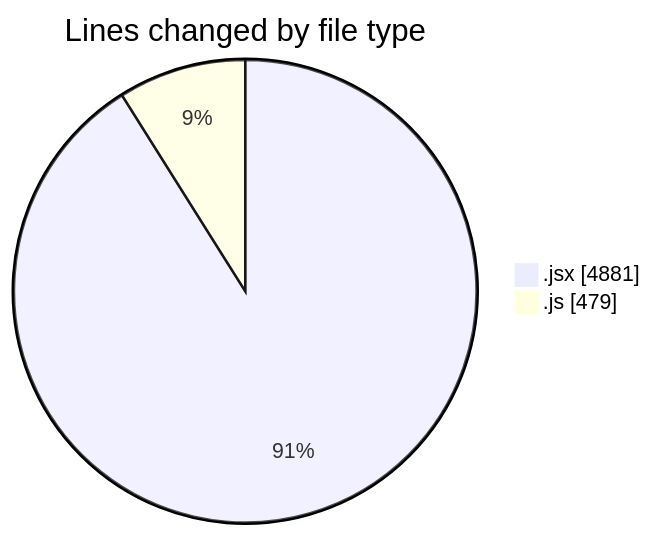
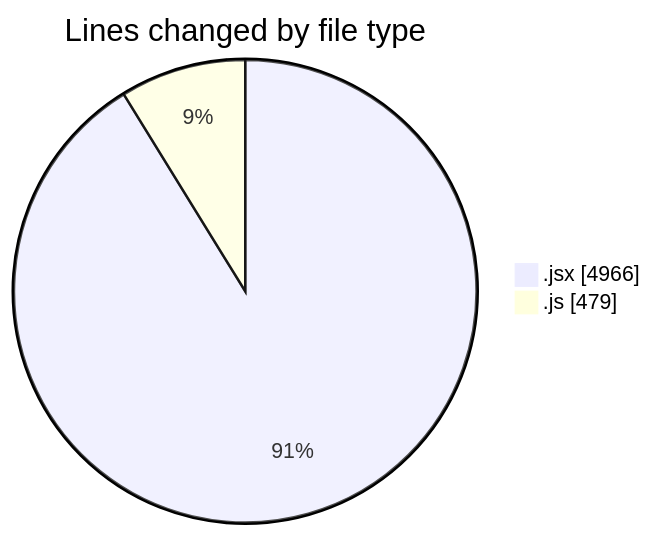
The first of 2 diagrams in 2026-01-20/nxtqube_webapp/README.md (nxtqubesakshisongat/code-tracking), drawn with Mermaid before and after one commit. The commit also changed other lines of this file and 1 other file, not shown here.

````diff
--- a/2026-01-20/nxtqube_webapp/README.md
+++ b/2026-01-20/nxtqube_webapp/README.md
@@ -24,6 +24,6 @@
 ```mermaid
 pie showData
 title Lines changed by file type
-".jsx" : 4881
+".jsx" : 4966
 ".js" : 479
 ```
````
